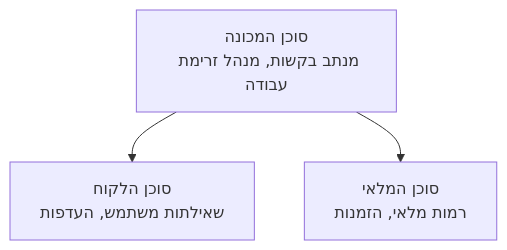
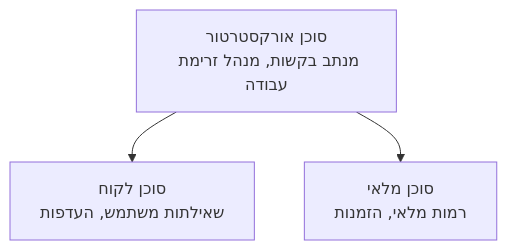
One commit to microsoft/AZD-for-beginners changed the diagram in translations/he/docs/chapter-05-multi-agent/README.md. Above: the diagram before and after it, drawn with Mermaid. The commit also changed other lines of this file and 101 other files, not shown here.

````diff
--- a/translations/he/docs/chapter-05-multi-agent/README.md
+++ b/translations/he/docs/chapter-05-multi-agent/README.md
@@ -50,5 +52,5 @@
 ```mermaid
 graph TD
-    Orchestrator[סוכן המכונה<br/>מנתב בקשות, מנהל זרימת עבודה] --> Customer[סוכן הלקוח<br/>שאילתות משתמש, העדפות]
-    Orchestrator --> Inventory[סוכן המלאי<br/>רמות מלאי, הזמנות]
+    Orchestrator[סוכן אורקסטרטור<br/>מנתב בקשות, מנהל זרימת עבודה] --> Customer[סוכן לקוח<br/>שאילתות משתמש, העדפות]
+    Orchestrator --> Inventory[סוכן מלאי<br/>רמות מלאי, הזמנות]
 ```
````
